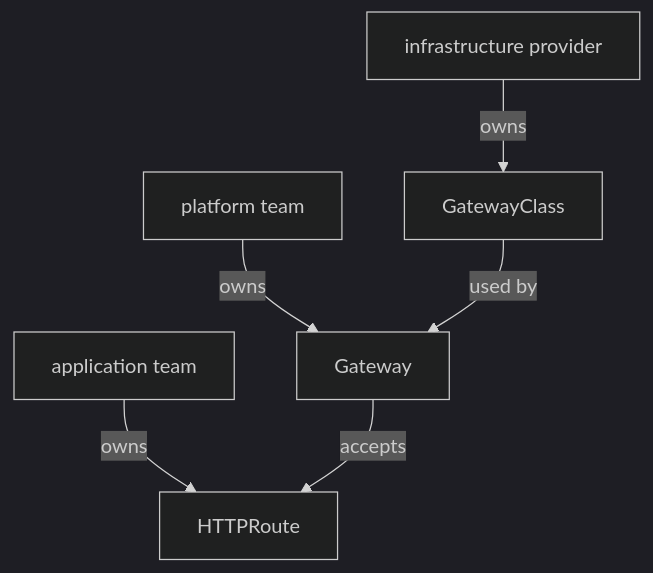
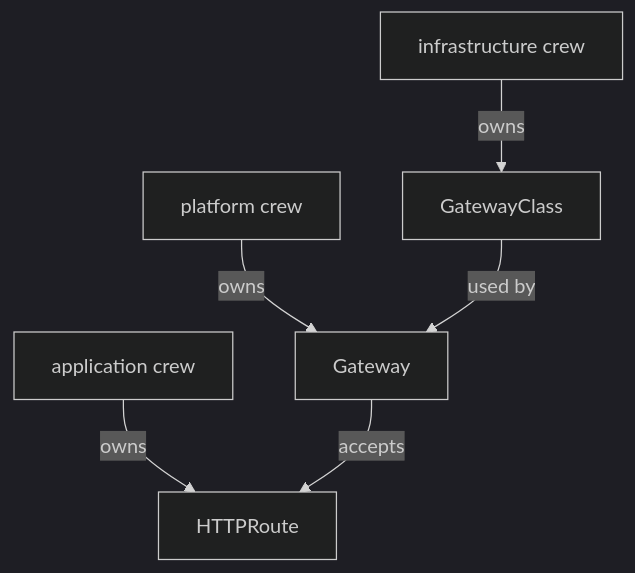
The diagram in sections/section-060/module-03/course-01-three-objects-three-owners.md (astrona-io/ATS014), drawn with Mermaid (dark theme) before and after one commit. The commit also changed other lines of this file and 813 other files, not shown here.

````diff
--- a/sections/section-060/module-03/course-01-three-objects-three-owners.md
+++ b/sections/section-060/module-03/course-01-three-objects-three-owners.md
@@ -34,8 +36,8 @@
 ```mermaid
 flowchart TB
-    I["infrastructure provider"] -->|"owns"| GC["GatewayClass"]
-    P["platform team"] -->|"owns"| G["Gateway"]
-    A["application team"] -->|"owns"| R["HTTPRoute"]
+    I["infrastructure crew"] -->|"owns"| GC["GatewayClass"]
+    P["platform crew"] -->|"owns"| G["Gateway"]
+    A["application crew"] -->|"owns"| R["HTTPRoute"]
     GC -->|"used by"| G
     G -->|"accepts"| R
 ```
````
